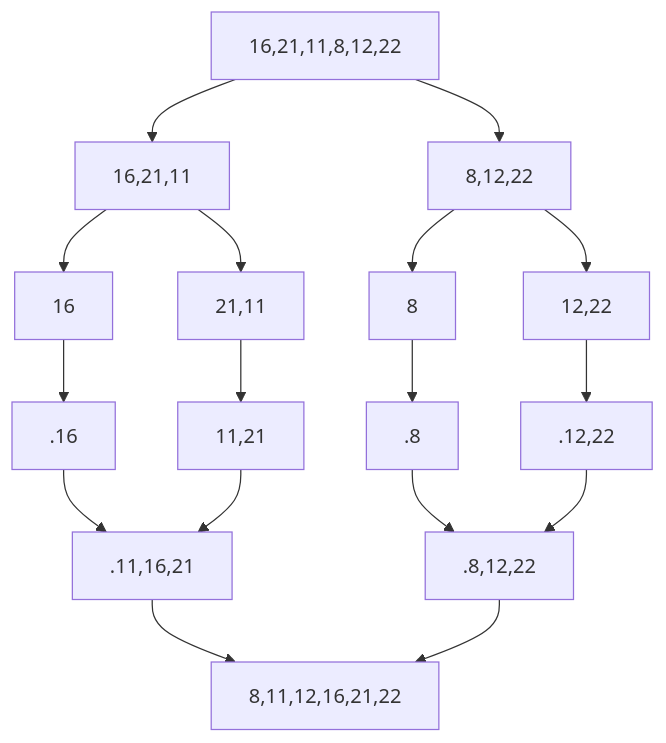
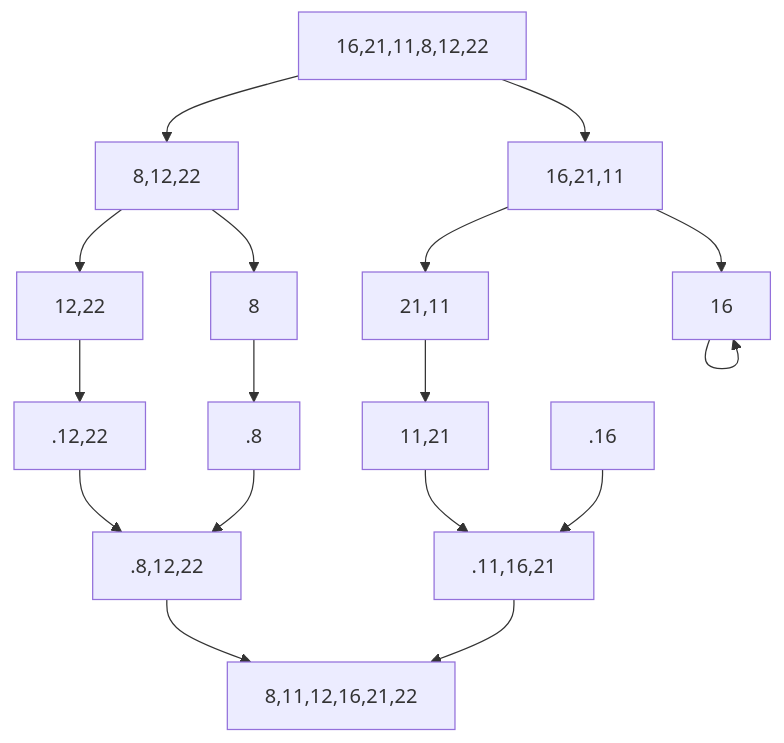
One commit to demirkolorg/Merge-Sort changed the diagram in README.md. Above: the diagram before and after it, drawn with Mermaid.

````diff
--- a/README.md
+++ b/README.md
@@ -15,23 +15,23 @@
 ```mermaid
   graph TD;
       16,21,11,8,12,22-->8,12,22;
       16,21,11,8,12,22-->16,21,11;
 
       8,12,22-->8;
       8,12,22-->12,22;
 
       16,21,11-->16;
       16,21,11-->21,11;
       
       21,11-->11,21;
-      16-->.16;
+      16-->16;
       8-->.8;
       12,22-->.12,22;
       .8-->.8,12,22;
       .12,22-->.8,12,22;
       .16-->.11,16,21;
        11,21-->.11,16,21;
       .11,16,21-->8,11,12,16,21,22;
       .8,12,22-->8,11,12,16,21,22;
     
 ```
````
